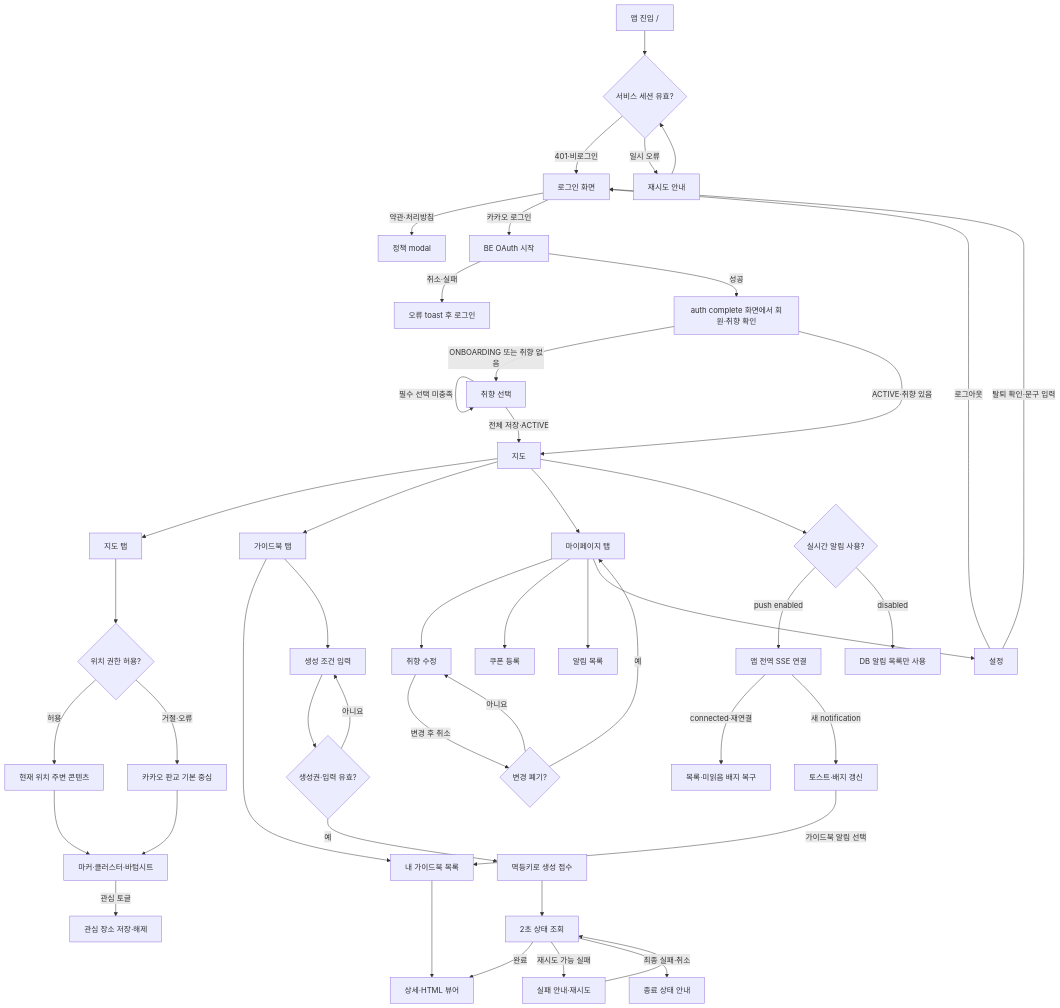
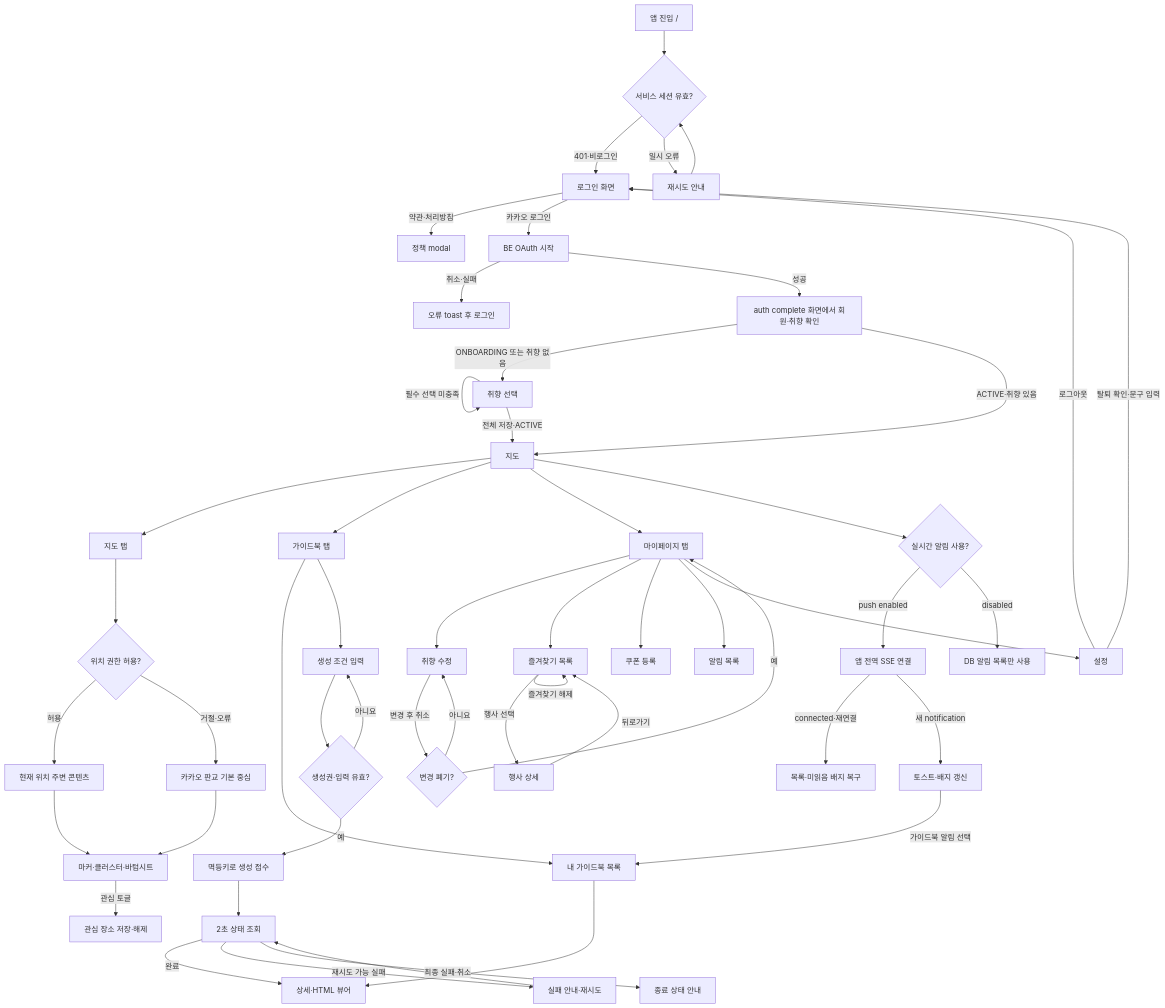
One commit to 100-hours-a-week/KTB4-10th-FE changed the diagram in docs/V1/유저-플로우.md. Above: the diagram before and after it, drawn with Mermaid. The commit also changed other lines of this file and 19 other files, not shown here.

````diff
--- a/docs/V1/유저-플로우.md
+++ b/docs/V1/유저-플로우.md
@@ -5,54 +5,59 @@
 ```mermaid
 flowchart TD
     A[앱 진입 /] --> B{서비스 세션 유효?}
     B -->|401·비로그인| C[로그인 화면]
     B -->|일시 오류| B1[재시도 안내]
     B1 --> B
     C -->|약관·처리방침| C1[정책 modal]
     C -->|카카오 로그인| D[BE OAuth 시작]
     D -->|취소·실패| C2[오류 toast 후 로그인]
     D -->|성공| E[auth complete 화면에서 회원·취향 확인]
     E -->|ONBOARDING 또는 취향 없음| F[취향 선택]
     E -->|ACTIVE·취향 있음| G[지도]
     F -->|필수 선택 미충족| F
     F -->|전체 저장·ACTIVE| G
 
     G --> H[지도 탭]
     G --> I[가이드북 탭]
     G --> J[마이페이지 탭]
     G --> K{실시간 알림 사용?}
     K -->|push enabled| K1[앱 전역 SSE 연결]
     K -->|disabled| K2[DB 알림 목록만 사용]
     K1 -->|connected·재연결| K3[목록·미읽음 배지 복구]
     K1 -->|새 notification| K4[토스트·배지 갱신]
     K4 -->|가이드북 알림 선택| I1
 
     H --> H1{위치 권한 허용?}
     H1 -->|허용| H2[현재 위치 주변 콘텐츠]
     H1 -->|거절·오류| H3[카카오 판교 기본 중심]
     H2 --> H4[마커·클러스터·바텀시트]
     H3 --> H4
     H4 -->|관심 토글| H5[관심 장소 저장·해제]
 
     I --> I1[내 가이드북 목록]
     I --> I2[생성 조건 입력]
     I2 --> I3{생성권·입력 유효?}
     I3 -->|아니요| I2
     I3 -->|예| I4[멱등키로 생성 접수]
     I4 --> I5[2초 상태 조회]
     I5 -->|완료| I6[상세·HTML 뷰어]
     I5 -->|재시도 가능 실패| I7[실패 안내·재시도]
     I5 -->|최종 실패·취소| I8[종료 상태 안내]
     I7 --> I5
     I1 --> I6
 
     J --> J1[취향 수정]
-    J --> J2[쿠폰 등록]
-    J --> J3[알림 목록]
-    J --> J4[설정]
+    J --> J2[즐겨찾기 목록]
+    J2 -->|행사 선택| J2A[행사 상세]
+    J2A -->|뒤로가기| J2
+    J2 -->|장소 선택| J2
+    J2 -->|즐겨찾기 해제| J2
+    J --> J3[쿠폰 등록]
+    J --> J4[알림 목록]
+    J --> J5[설정]
     J1 -->|변경 후 취소| J1A{변경 폐기?}
     J1A -->|아니요| J1
     J1A -->|예| J
-    J4 -->|로그아웃| C
-    J4 -->|탈퇴 확인·문구 입력| C
+    J5 -->|로그아웃| C
+    J5 -->|탈퇴 확인·문구 입력| C
 ```
````
